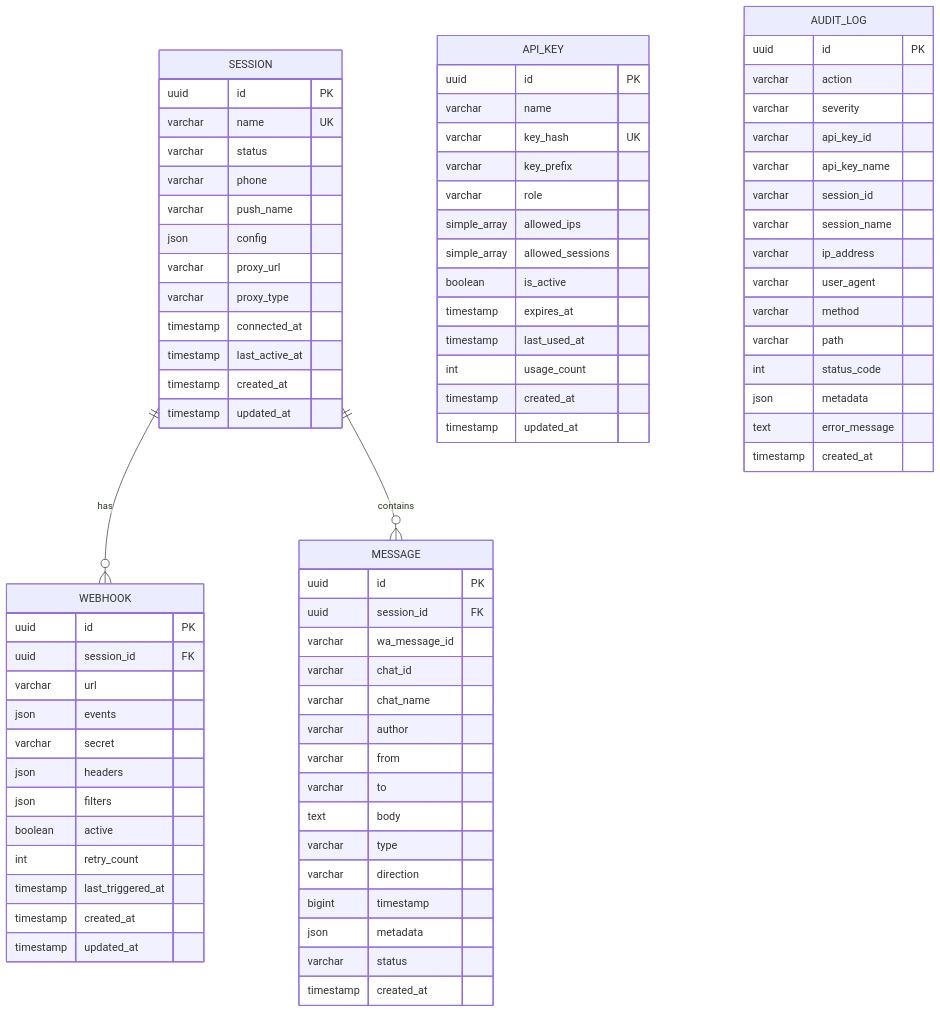
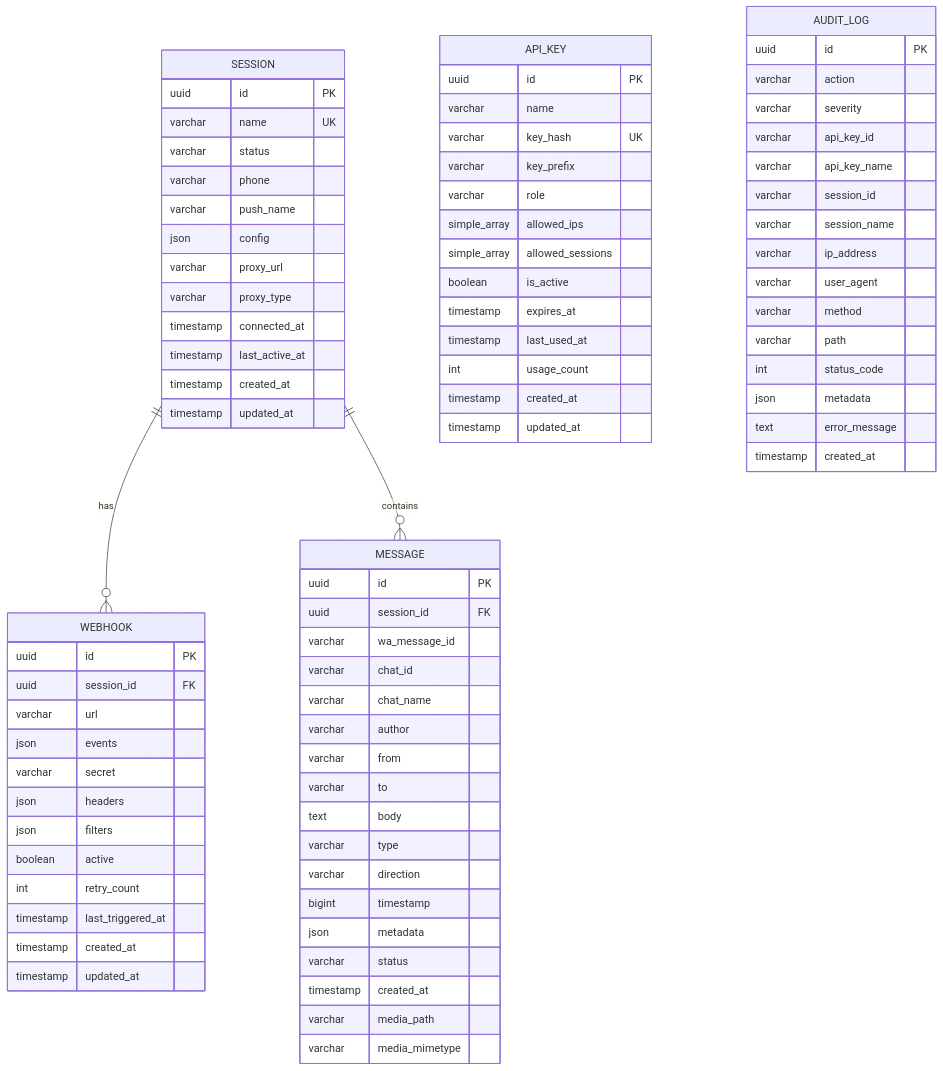
The first of 5 diagrams in docs/05-database-design.md (nourayman21k/OpenWA), drawn with Mermaid before and after one commit. The commit also changed other lines of this file and 36 other files, not shown here.

```diff
--- a/docs/05-database-design.md
+++ b/docs/05-database-design.md
@@ -218,6 +218,8 @@
         json metadata
         varchar status
         timestamp created_at
+        varchar media_path
+        varchar media_mimetype
     }
 
     API_KEY {
```
